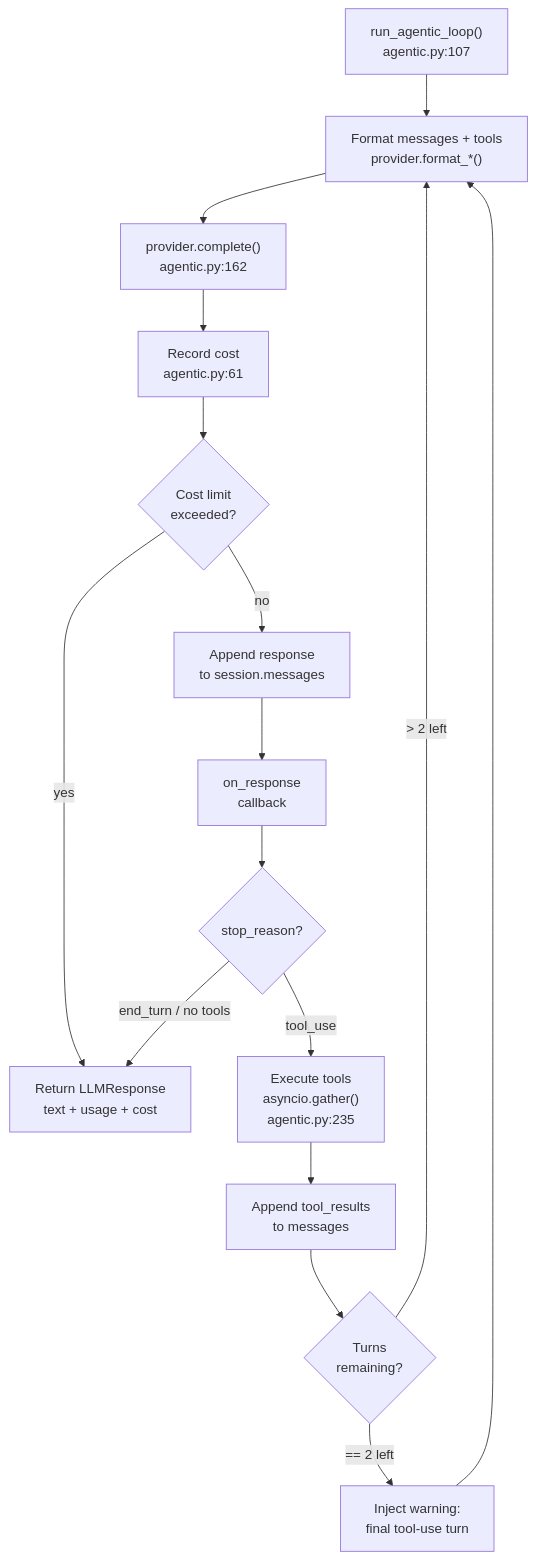
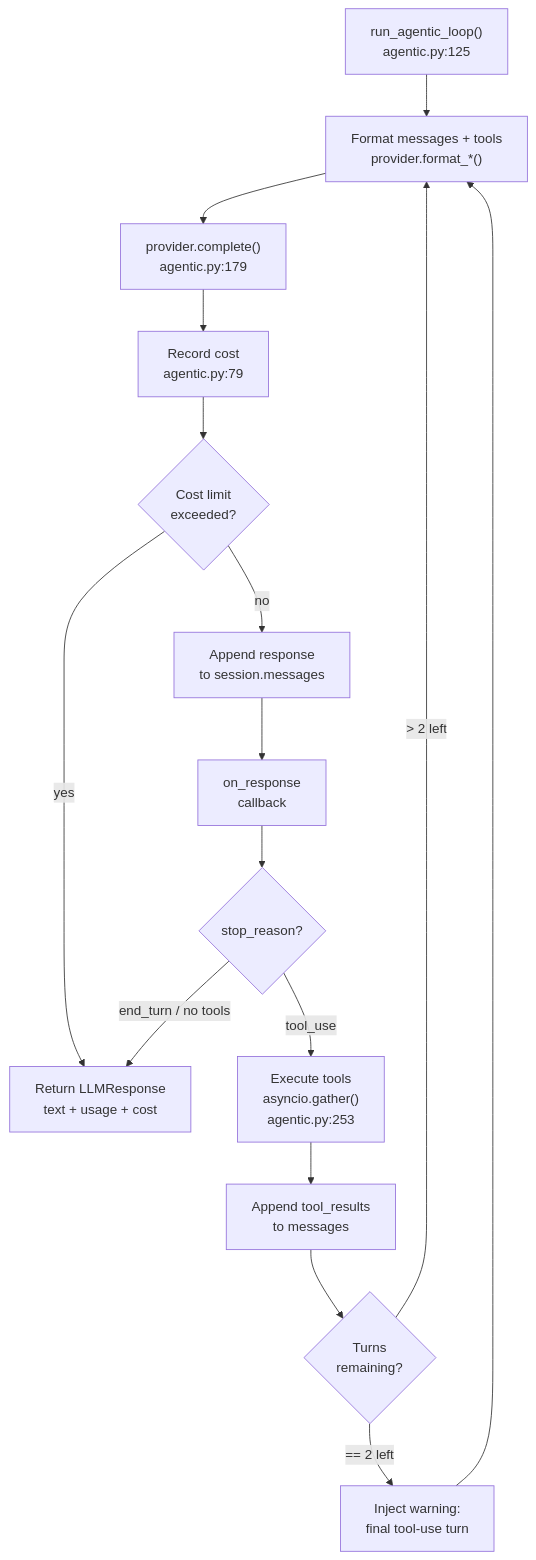
The second of 8 diagrams in docs/diagrams.md (nicolasforstinger/lucyd), drawn with Mermaid before and after one commit. The commit also changed other lines of this file and 24 other files, not shown here.

````diff
--- a/docs/diagrams.md
+++ b/docs/diagrams.md
@@ -58,27 +58,27 @@
 ```mermaid
 flowchart TD
-    START["run_agentic_loop()<br/>agentic.py:107"]
+    START["run_agentic_loop()<br/>agentic.py:125"]
     FORMAT["Format messages + tools<br/>provider.format_*()"]
-    API["provider.complete()<br/>agentic.py:162"]
-    COST["Record cost<br/>agentic.py:61"]
+    API["provider.complete()<br/>agentic.py:179"]
+    COST["Record cost<br/>agentic.py:79"]
 
     COST_CHECK{"Cost limit<br/>exceeded?"}
     APPEND["Append response<br/>to session.messages"]
     CALLBACK_R["on_response<br/>callback"]
 
     STOP_CHECK{"stop_reason?"}
-    TOOL_EXEC["Execute tools<br/>asyncio.gather()<br/>agentic.py:235"]
+    TOOL_EXEC["Execute tools<br/>asyncio.gather()<br/>agentic.py:253"]
     TOOL_RESULTS["Append tool_results<br/>to messages"]
     TURN_CHECK{"Turns<br/>remaining?"}
     WARN["Inject warning:<br/>final tool-use turn"]
 
     RETURN["Return LLMResponse<br/>text + usage + cost"]
 
     START --> FORMAT --> API --> COST --> COST_CHECK
     COST_CHECK -->|yes| RETURN
     COST_CHECK -->|no| APPEND --> CALLBACK_R --> STOP_CHECK
     STOP_CHECK -->|"end_turn / no tools"| RETURN
     STOP_CHECK -->|tool_use| TOOL_EXEC --> TOOL_RESULTS --> TURN_CHECK
     TURN_CHECK -->|"> 2 left"| FORMAT
     TURN_CHECK -->|"== 2 left"| WARN --> FORMAT
 ```
````
